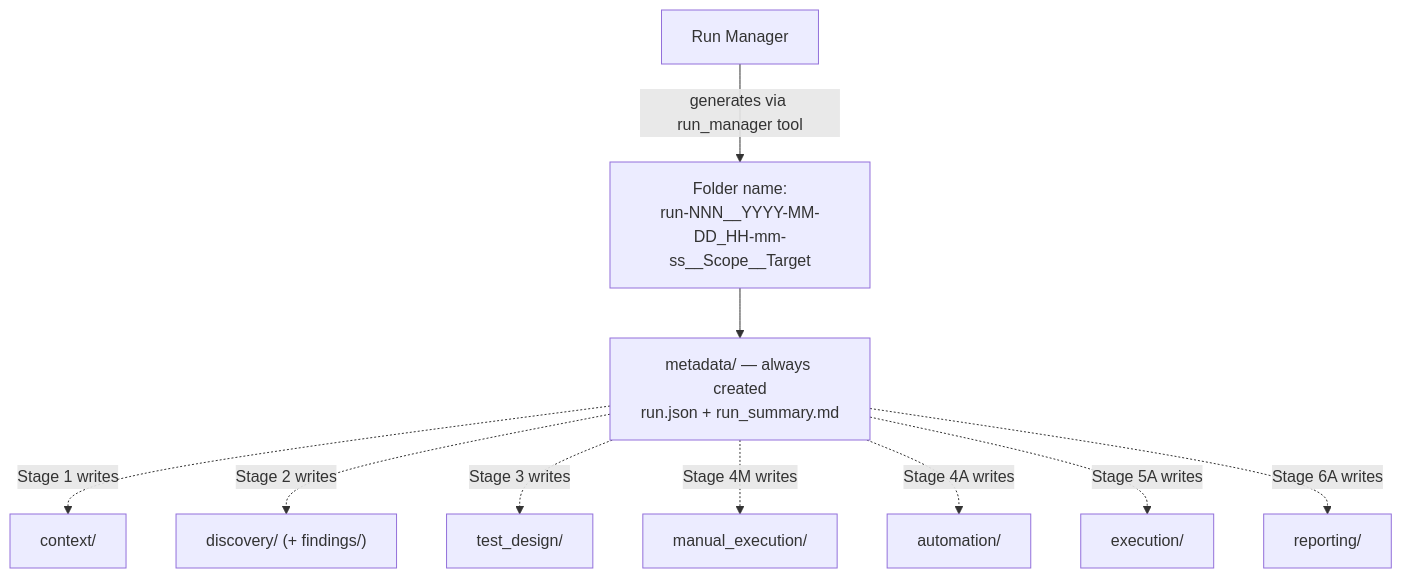
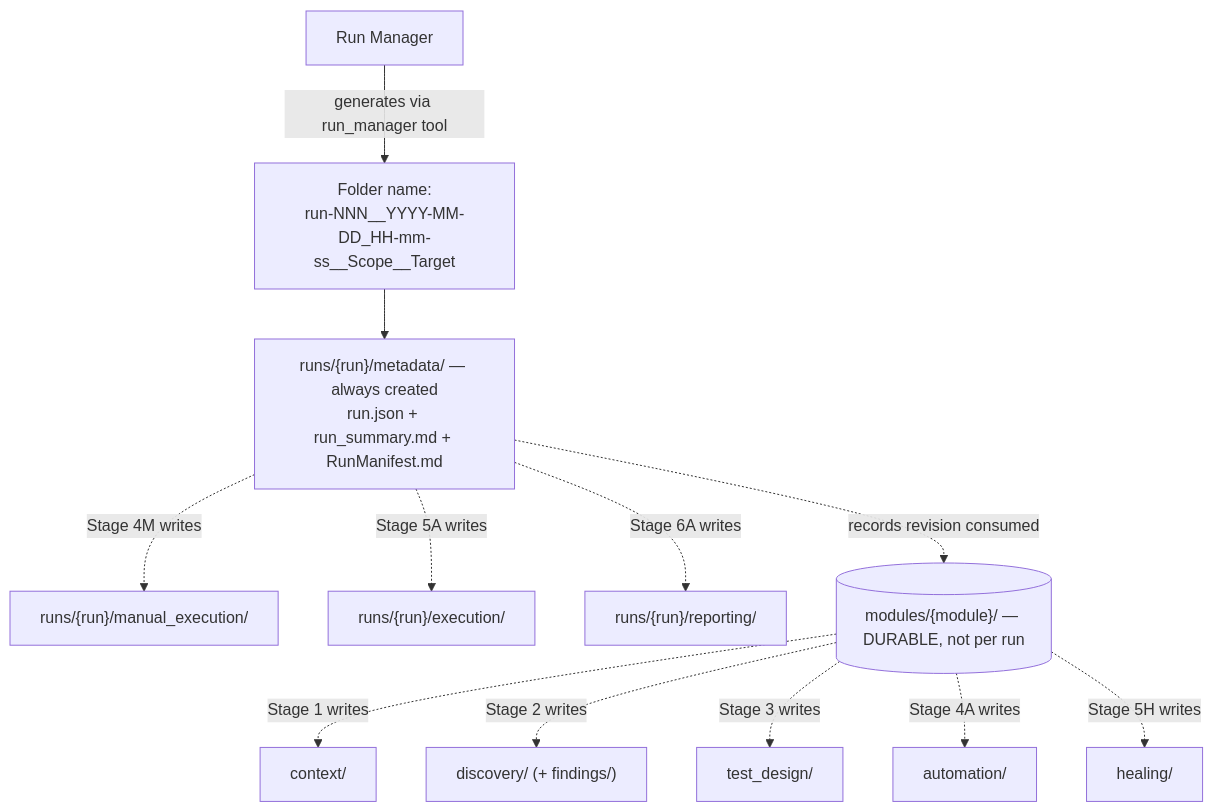
One commit to HusseinAtaHussein1/AISeatMap changed the seventh of 10 diagrams in README.md. Above: the diagram before and after it, drawn with Mermaid. The commit also changed other lines of this file and 30 other files, not shown here.

First line of the commit message:
docs(platform): align architecture specs on the two-pipeline model, and specify the new capabilities

````diff
--- a/README.md
+++ b/README.md
@@ -593,12 +695,17 @@
 ```mermaid
 flowchart TD
     RM["Run Manager"] -->|generates via run_manager tool| RID["Folder name:<br/>run-NNN__YYYY-MM-DD_HH-mm-ss__Scope__Target"]
-    RID --> META["metadata/ — always created<br/>run.json + run_summary.md"]
-    META -.->|Stage 1 writes| CTX["context/"]
-    META -.->|Stage 2 writes| DISC["discovery/ (+ findings/)"]
-    META -.->|Stage 3 writes| TDS["test_design/"]
-    META -.->|Stage 4M writes| MANEX["manual_execution/"]
-    META -.->|Stage 4A writes| AUT["automation/"]
-    META -.->|Stage 5A writes| EXE["execution/"]
-    META -.->|Stage 6A writes| REP["reporting/"]
+    RID --> META["runs/{run}/metadata/ — always created<br/>run.json + run_summary.md + RunManifest.md"]
+    META -.->|Stage 4M writes| MANEX["runs/{run}/manual_execution/"]
+    META -.->|Stage 5A writes| EXE["runs/{run}/execution/"]
+    META -.->|Stage 6A writes| REP["runs/{run}/reporting/"]
+
+    MOD[("modules/{module}/ — DURABLE, not per run")]
+    MOD -.->|Stage 1 writes| CTX["context/"]
+    MOD -.->|Stage 2 writes| DISC["discovery/ (+ findings/)"]
+    MOD -.->|Stage 3 writes| TDS["test_design/"]
+    MOD -.->|Stage 4A writes| AUT["automation/"]
+    MOD -.->|Stage 5H writes| HEAL["healing/"]
+
+    META -.->|records revision consumed| MOD
 ```
````
